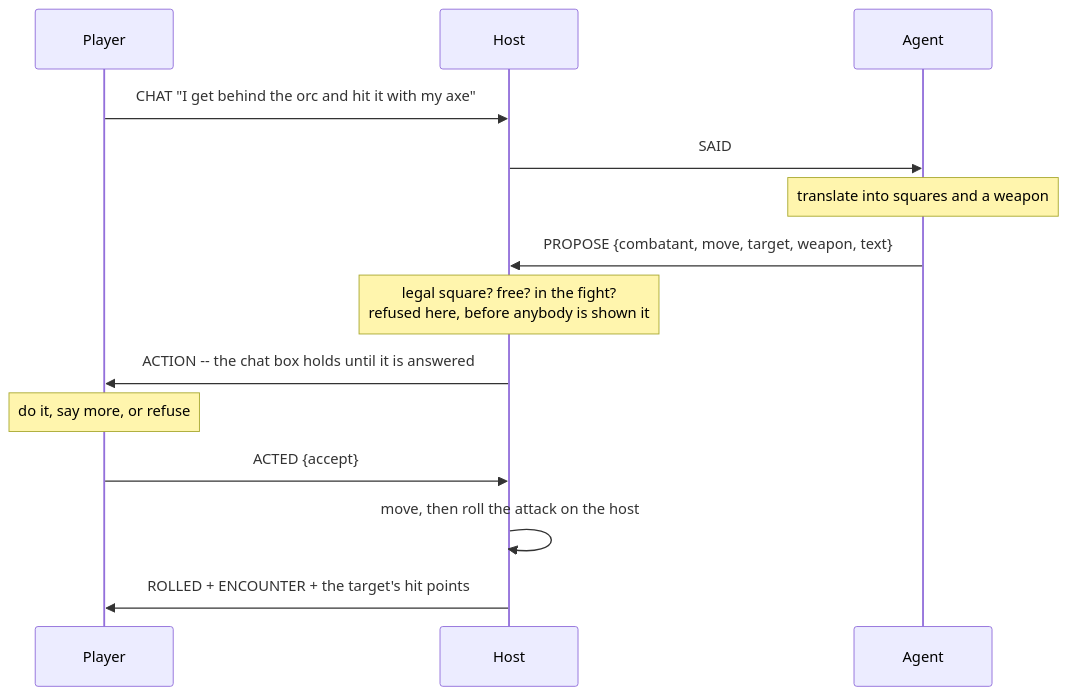
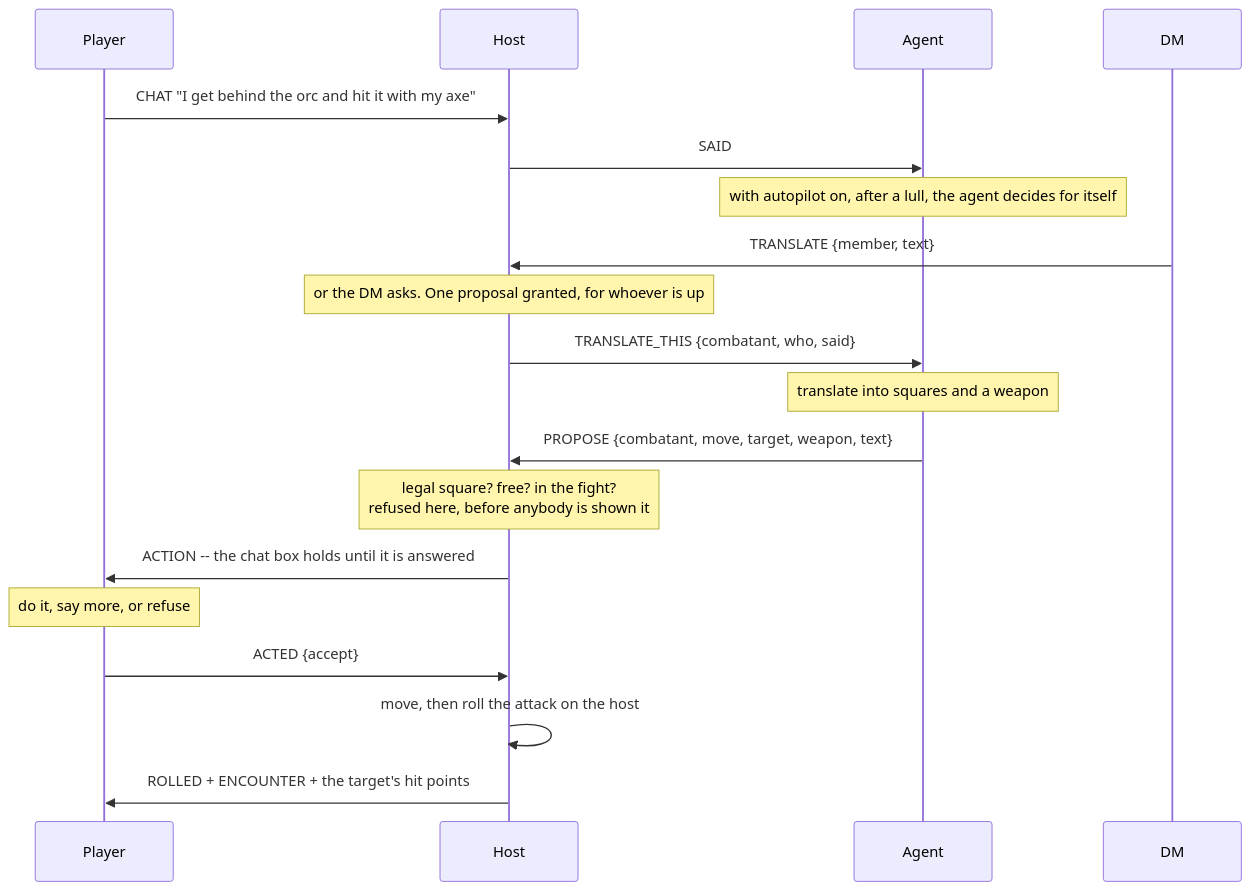
The fifth of 5 diagrams in ARCHITECTURE.md (pexgear/rpg_master_assistant), drawn with Mermaid before and after one commit. The commit also changed other lines of this file and 44 other files, not shown here.

````diff
--- a/ARCHITECTURE.md
+++ b/ARCHITECTURE.md
@@ -816,16 +903,21 @@
 ```mermaid
 sequenceDiagram
     participant P as Player
     participant H as Host
     participant A as Agent
+    participant D as DM
     P->>H: CHAT "I get behind the orc and hit it with my axe"
     H->>A: SAID
+    Note over A: with autopilot on, after a lull, the agent decides for itself
+    D->>H: TRANSLATE {member, text}
+    Note over H: or the DM asks. One proposal granted, for whoever is up
+    H->>A: TRANSLATE_THIS {combatant, who, said}
     Note over A: translate into squares and a weapon
     A->>H: PROPOSE {combatant, move, target, weapon, text}
     Note over H: legal square? free? in the fight?<br/>refused here, before anybody is shown it
     H->>P: ACTION -- the chat box holds until it is answered
     Note over P: do it, say more, or refuse
     P->>H: ACTED {accept}
     H->>H: move, then roll the attack on the host
     H->>P: ROLLED + ENCOUNTER + the target's hit points
 ```
````
